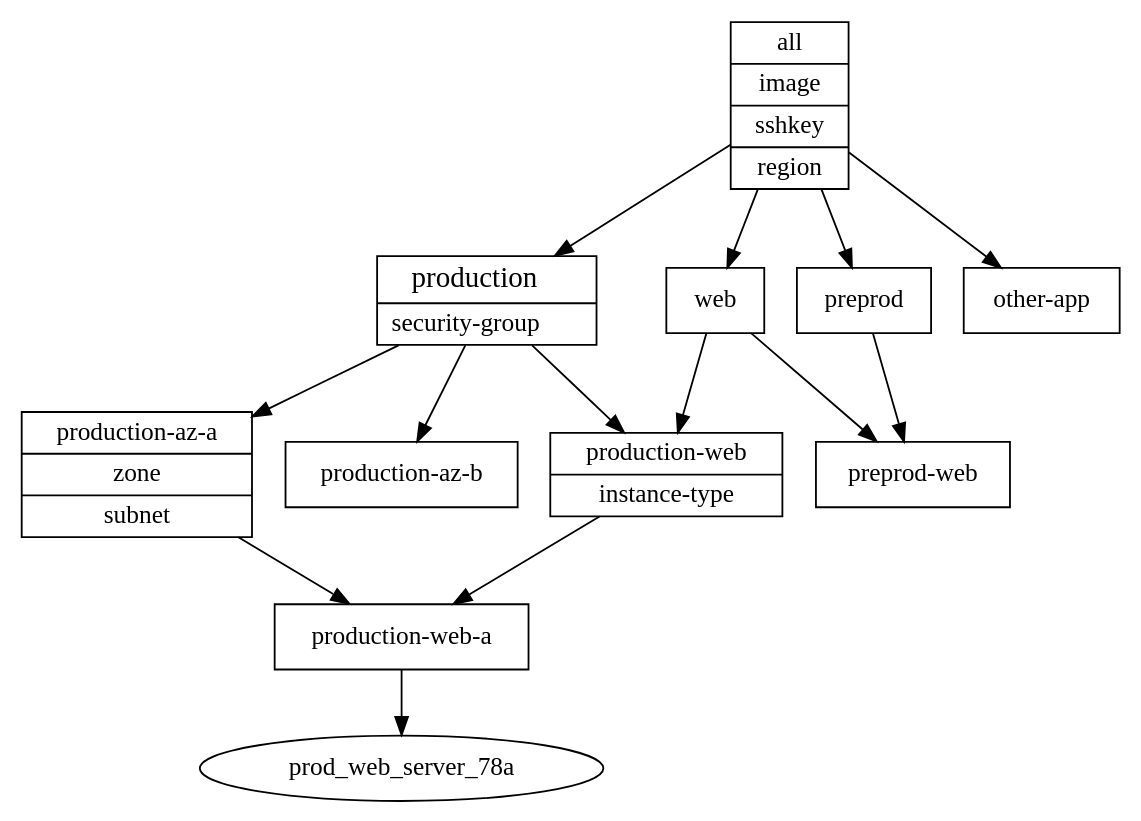
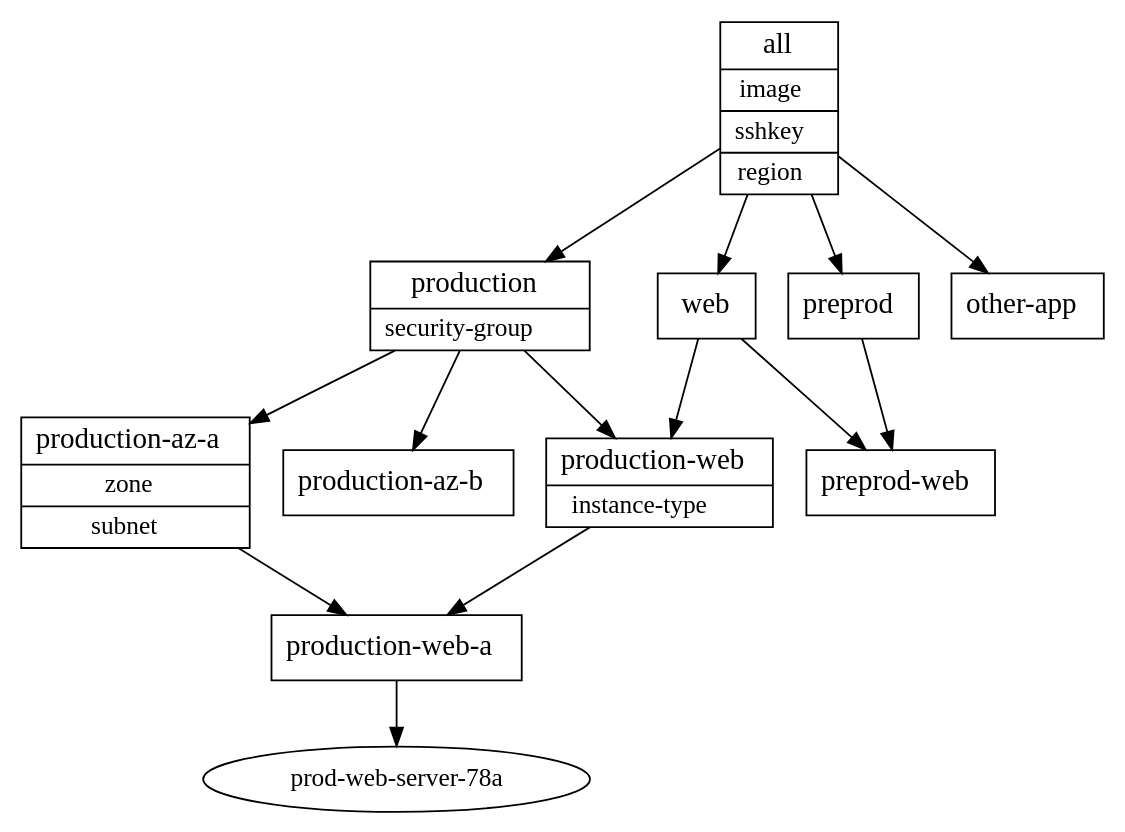
Before and after one commit to willthames/willthames.github.io: the diagram in dot/inventory.dot, drawn with Graphviz. The commit also changed 2 other files, not shown here.

Commit message:
Improvements to inventory graph and included it into post

```diff
--- a/dot/inventory.dot
+++ b/dot/inventory.dot
@@ -1,26 +1,26 @@
 digraph inventory { 
   all -> production;
   all -> preprod;
   all -> web;
   all -> other_app;
   production -> production_az_a;
   production -> production_az_b;
   production -> production_web;
   web -> production_web
   web -> preprod_web
   preprod -> preprod_web;
   production_az_a -> production_web_a;
   production_web_a -> prod_web_server_78a;
   production_web -> production_web_a;
-  production [shape=record; label=<{<font face="Times-New-Roman" point-size="16">production</font>|security-group}>]
-  production_web [shape=record; label="{production-web|instance-type}"]
-  preprod_web [shape=record; label="preprod-web"]
-  production_web_a [shape=record; label="production-web-a"]
-  production_az_a [shape=record; label="{production-az-a|zone|subnet}"]
-  production_az_b [shape=record; label="production-az-b"]
-  web [shape=record; label="web"]
-  all [shape=record; label="{all|image|sshkey|region}"]
-  other_app [shape=record; label="other-app"]
-  preprod [shape=record; label="preprod"]
-
+  production [shape=record; label=<{<font face="Times New Roman, Bold" point-size="16">production</font>|security-group}>]
+  production_web [shape=record; label=<{<font face="Times New Roman, Bold" point-size="16">production-web</font>|instance-type}>]
+  preprod_web [shape=record; label=<<font face="Times New Roman, Bold" point-size="16">preprod-web</font>>]
+  production_web_a [shape=record; label=<<font face="Times New Roman, Bold" point-size="16">production-web-a</font>>]
+  production_az_a [shape=record; label=<{<font face="Times New Roman, Bold" point-size="16">production-az-a</font>|zone|subnet}>]
+  production_az_b [shape=record; label=<<font face="Times New Roman, Bold" point-size="16">production-az-b</font>>]
+  web [shape=record; label=<<font face="Times New Roman, Bold" point-size="16">web</font>>]
+  all [shape=record; label=<{<font face="Times New Roman, Bold" point-size="16">all</font>|image|sshkey|region}>]
+  other_app [shape=record; label=<<font face="Times New Roman, Bold" point-size="16">other-app</font>>]
+  preprod [shape=record; label=<<font face="Times New Roman, Bold" point-size="16">preprod</font>>]
+  prod_web_server_78a [label="prod-web-server-78a"]
 }
```
